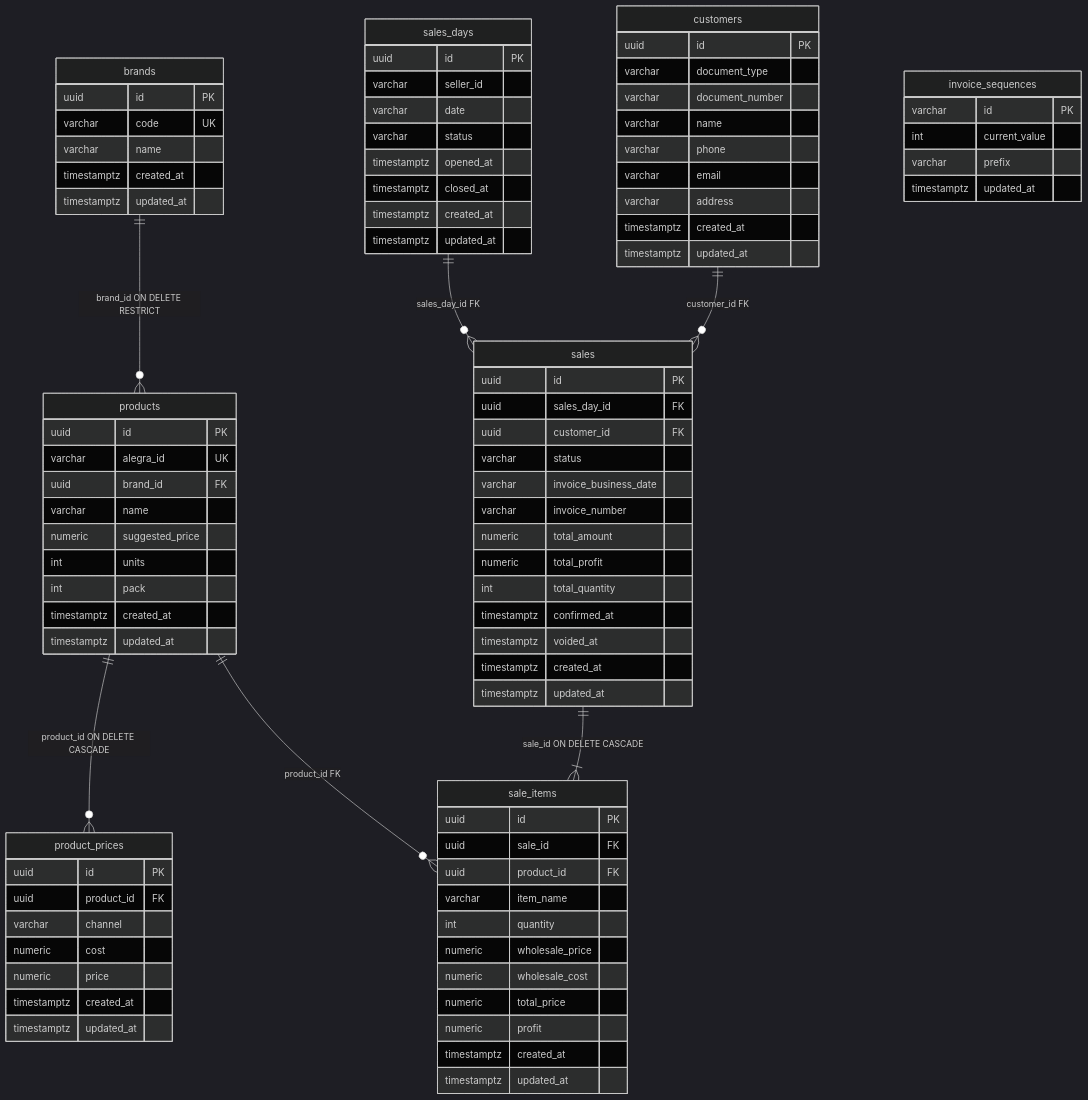
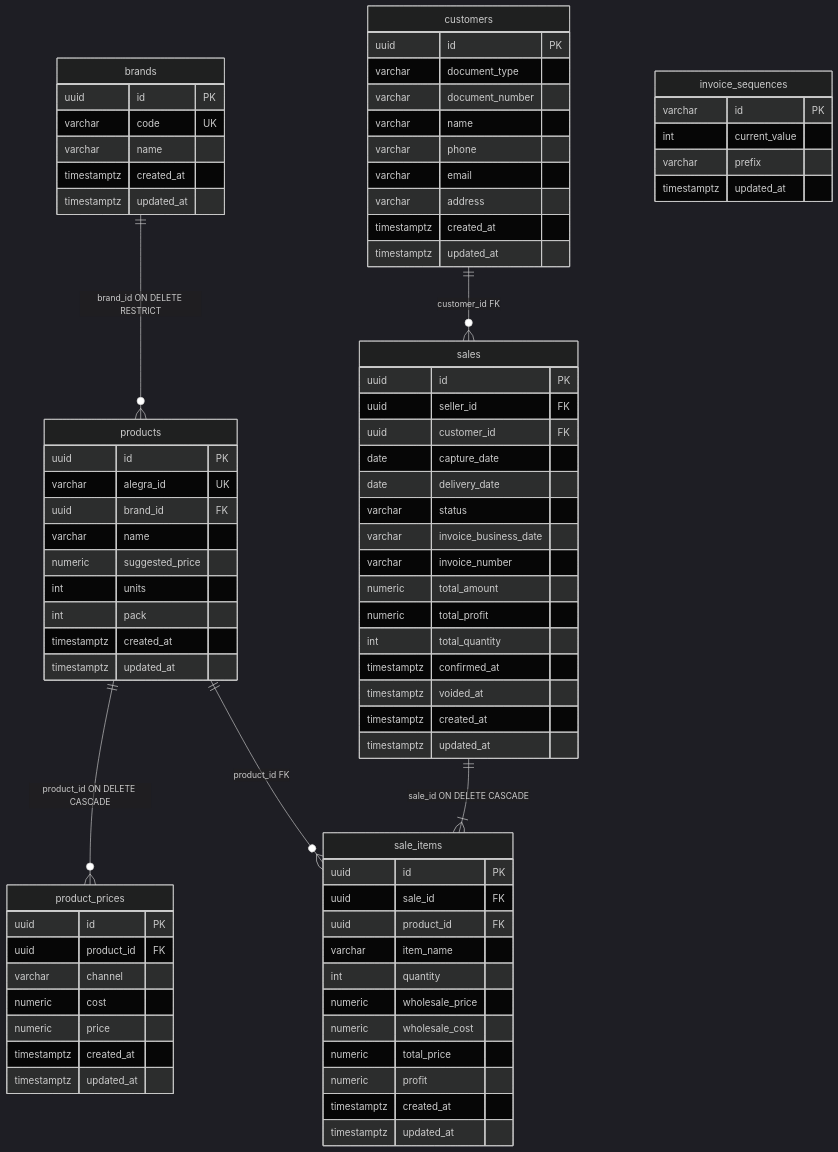
One commit to X01SERYO/prime-sweets-api changed the diagram in docs/data-model/README.md. Above: the diagram before and after it, drawn with Mermaid (dark theme). The commit also changed other lines of this file and 61 other files, not shown here.

```diff
--- a/docs/data-model/README.md
+++ b/docs/data-model/README.md
@@ -50,21 +50,12 @@
     timestamptz updated_at
   }
 
-  sales_days {
-    uuid id PK
-    varchar seller_id
-    varchar date
-    varchar status
-    timestamptz opened_at
-    timestamptz closed_at
-    timestamptz created_at
-    timestamptz updated_at
-  }
-
   sales {
     uuid id PK
-    uuid sales_day_id FK
+    uuid seller_id FK
     uuid customer_id FK
+    date capture_date
+    date delivery_date
     varchar status
     varchar invoice_business_date
     varchar invoice_number
@@ -100,7 +91,6 @@
 
   brands ||--o{ products : "brand_id ON DELETE RESTRICT"
   products ||--o{ product_prices : "product_id ON DELETE CASCADE"
-  sales_days ||--o{ sales : "sales_day_id FK"
   customers ||--o{ sales : "customer_id FK"
   sales ||--|{ sale_items : "sale_id ON DELETE CASCADE"
   products ||--o{ sale_items : "product_id FK"
```
